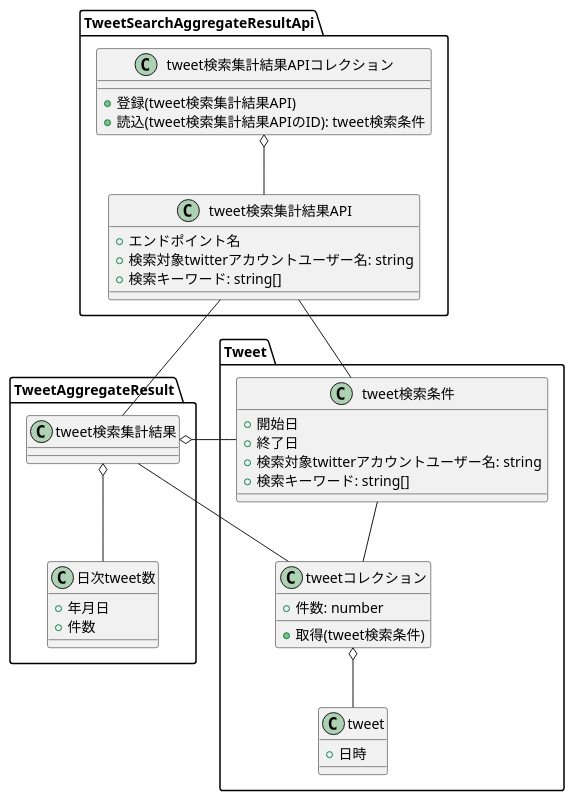
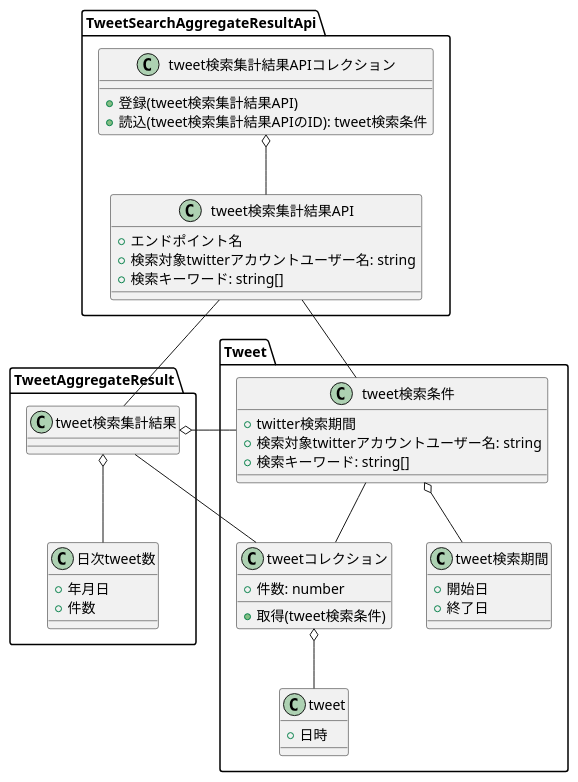
The diagram in analysis/domain.puml (wand2016/twitter-counter-api-generator), drawn with PlantUML before and after one commit. The commit also changed 2 other files, not shown here.

```diff
--- a/analysis/domain.puml
+++ b/analysis/domain.puml
@@ -1,66 +1,72 @@
 @startuml
 
 package TweetSearchAggregateResultApi{
 
 class tweet検索集計結果APIコレクション {
  + 登録(tweet検索集計結果API)
  + 読込(tweet検索集計結果APIのID): tweet検索条件
 }
 
 class tweet検索集計結果API {
   + エンドポイント名
   + 検索対象twitterアカウントユーザー名: string
   + 検索キーワード: string[]
 }
 
 tweet検索集計結果APIコレクション o-- tweet検索集計結果API
 
 }
 
 package Tweet {
 
 class tweet {
   + 日時
 }
 
 class tweetコレクション{
   + 件数: number
   + 取得(tweet検索条件)
 }
 
 tweetコレクション o-d- tweet
 
-class tweet検索条件{
+class tweet検索期間{
   + 開始日
   + 終了日
+}
+
+class tweet検索条件{
+  + twitter検索期間
   + 検索対象twitterアカウントユーザー名: string
   + 検索キーワード: string[]
 }
+
+tweet検索条件 o-- tweet検索期間
 
 }
 
 
 tweet検索集計結果API -- tweet検索条件
 
 
 
 package TweetAggregateResult{
 
 class tweet検索集計結果
 tweet検索集計結果 o-- tweet検索条件
 tweetコレクション -r- tweet検索集計結果
 class 日次tweet数 {
   + 年月日
   + 件数
 }
 
 tweet検索集計結果 o-d- 日次tweet数
 
 }
 
 tweet検索条件 -- tweetコレクション
 
 tweet検索集計結果API -- tweet検索集計結果
 
 
 @enduml
```
